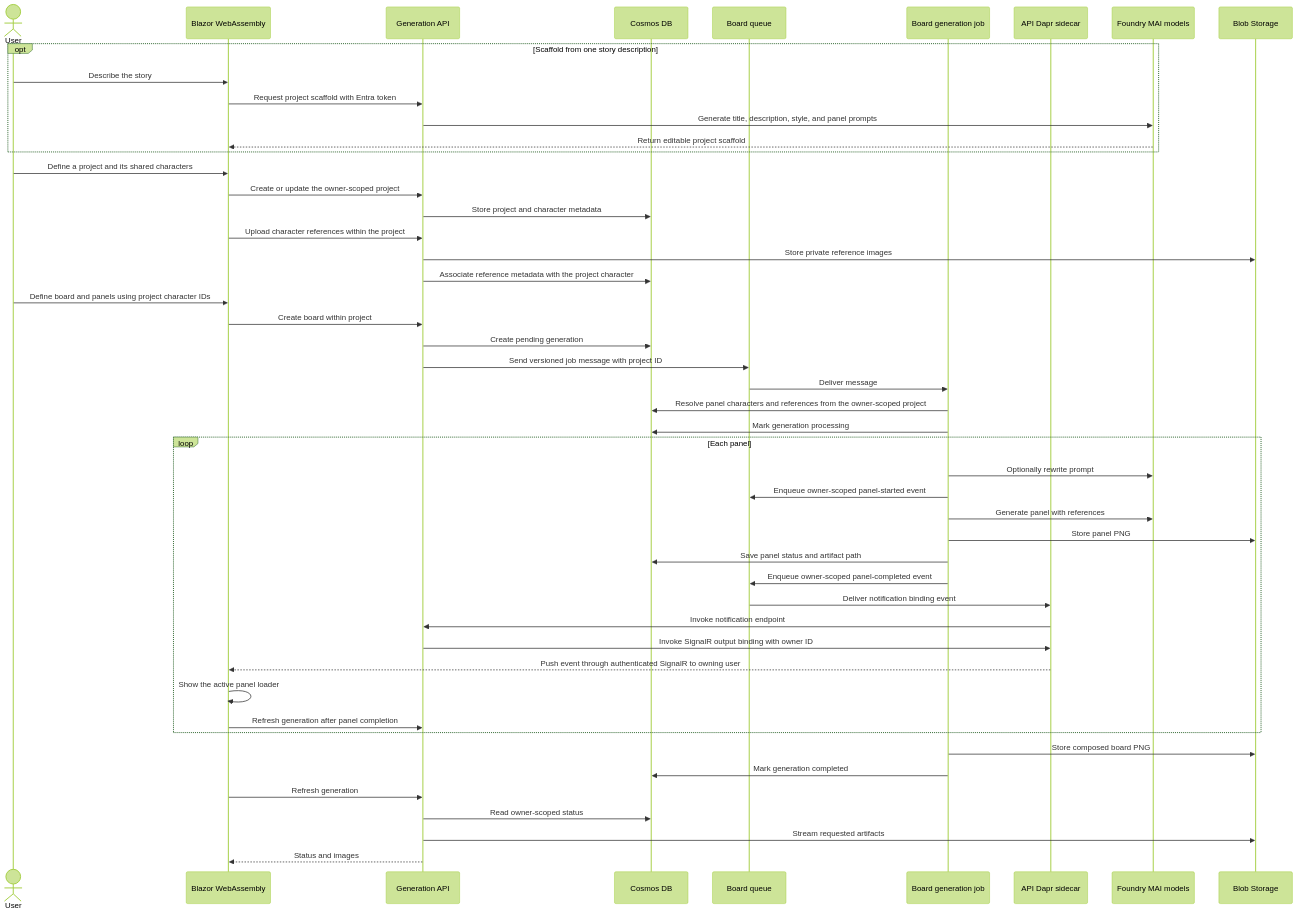
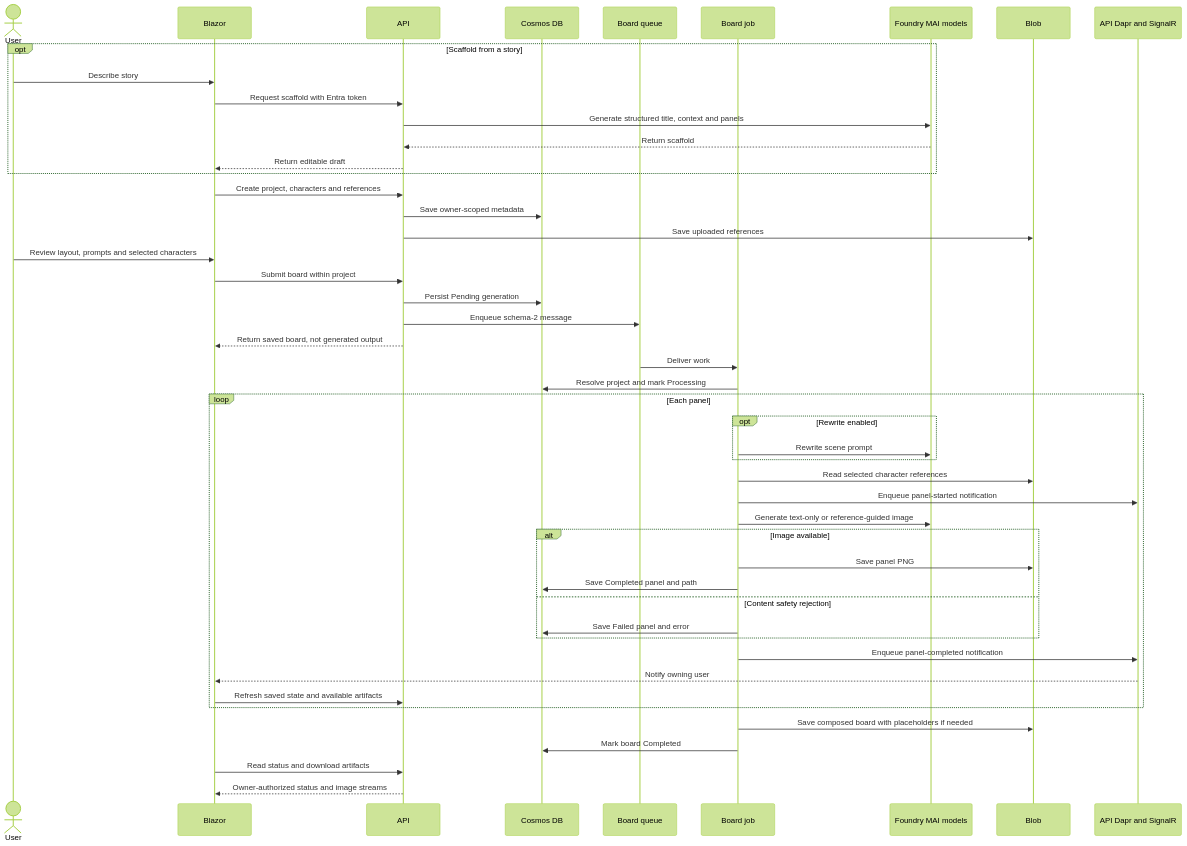
One commit to mathieumack/foundry-comics-mai changed the second of 3 diagrams in docs/architecture.md. Above: the diagram before and after it, drawn with Mermaid (forest theme). The commit also changed other lines of this file and 9 other files, not shown here.

First line of the commit message:
Enhance documentation and architecture for MAI Comic Studio

````diff
--- a/docs/architecture.md
+++ b/docs/architecture.md
@@ -60,51 +71,50 @@
 ```mermaid
 sequenceDiagram
     actor User
-    participant Web as Blazor WebAssembly
-    participant API as Generation API
+    participant Web as Blazor
+    participant API
     participant DB as Cosmos DB
     participant Queue as Board queue
-    participant Job as Board generation job
-    participant Dapr as API Dapr sidecar
+    participant Job as Board job
     participant MAI as Foundry MAI models
-    participant Blob as Blob Storage
-    opt Scaffold from one story description
-        User->>Web: Describe the story
-        Web->>API: Request project scaffold with Entra token
-        API->>MAI: Generate title, description, style, and panel prompts
-        MAI-->>Web: Return editable project scaffold
+    participant Blob
+    participant Push as API Dapr and SignalR
+    opt Scaffold from a story
+        User->>Web: Describe story
+        Web->>API: Request scaffold with Entra token
+        API->>MAI: Generate structured title, context and panels
+        MAI-->>API: Return scaffold
+        API-->>Web: Return editable draft
     end
-    User->>Web: Define a project and its shared characters
-    Web->>API: Create or update the owner-scoped project
-    API->>DB: Store project and character metadata
-    Web->>API: Upload character references within the project
-    API->>Blob: Store private reference images
-    API->>DB: Associate reference metadata with the project character
-    User->>Web: Define board and panels using project character IDs
-    Web->>API: Create board within project
-    API->>DB: Create pending generation
-    API->>Queue: Send versioned job message with project ID
-    Queue->>Job: Deliver message
-    Job->>DB: Resolve panel characters and references from the owner-scoped project
-    Job->>DB: Mark generation processing
+    Web->>API: Create project, characters and references
+    API->>DB: Save owner-scoped metadata
+    API->>Blob: Save uploaded references
+    User->>Web: Review layout, prompts and selected characters
+    Web->>API: Submit board within project
+    API->>DB: Persist Pending generation
+    API->>Queue: Enqueue schema-2 message
+    API-->>Web: Return saved board, not generated output
+    Queue->>Job: Deliver work
+    Job->>DB: Resolve project and mark Processing
     loop Each panel
-        Job->>MAI: Optionally rewrite prompt
-        Job->>Queue: Enqueue owner-scoped panel-started event
-        Job->>MAI: Generate panel with references
-        Job->>Blob: Store panel PNG
-        Job->>DB: Save panel status and artifact path
-        Job->>Queue: Enqueue owner-scoped panel-completed event
-        Queue->>Dapr: Deliver notification binding event
-        Dapr->>API: Invoke notification endpoint
-        API->>Dapr: Invoke SignalR output binding with owner ID
-        Dapr-->>Web: Push event through authenticated SignalR to owning user
-        Web->>Web: Show the active panel loader
-        Web->>API: Refresh generation after panel completion
+        opt Rewrite enabled
+            Job->>MAI: Rewrite scene prompt
+        end
+        Job->>Blob: Read selected character references
+        Job->>Push: Enqueue panel-started notification
+        Job->>MAI: Generate text-only or reference-guided image
+        alt Image available
+            Job->>Blob: Save panel PNG
+            Job->>DB: Save Completed panel and path
+        else Content safety rejection
+            Job->>DB: Save Failed panel and error
+        end
+        Job->>Push: Enqueue panel-completed notification
+        Push-->>Web: Notify owning user
+        Web->>API: Refresh saved state and available artifacts
     end
-    Job->>Blob: Store composed board PNG
-    Job->>DB: Mark generation completed
-    Web->>API: Refresh generation
-    API->>DB: Read owner-scoped status
-    API->>Blob: Stream requested artifacts
-    API-->>Web: Status and images
+    Job->>Blob: Save composed board with placeholders if needed
+    Job->>DB: Mark board Completed
+    Web->>API: Read status and download artifacts
+    API-->>Web: Owner-authorized status and image streams
 ```
````
